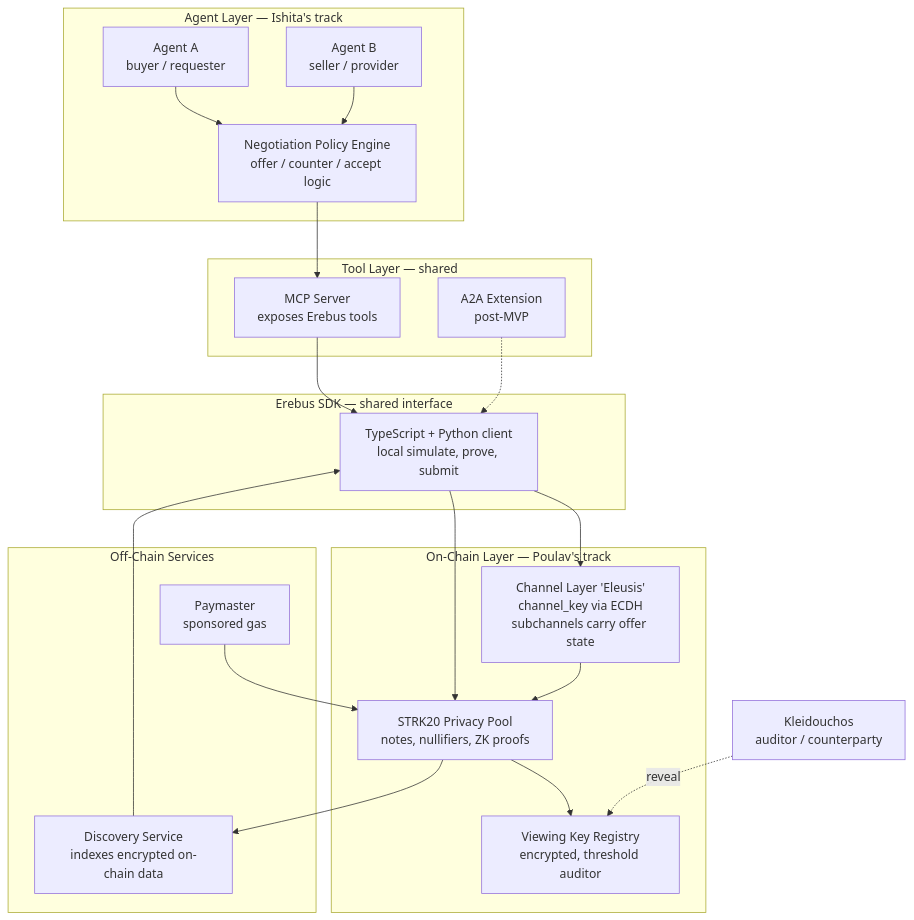
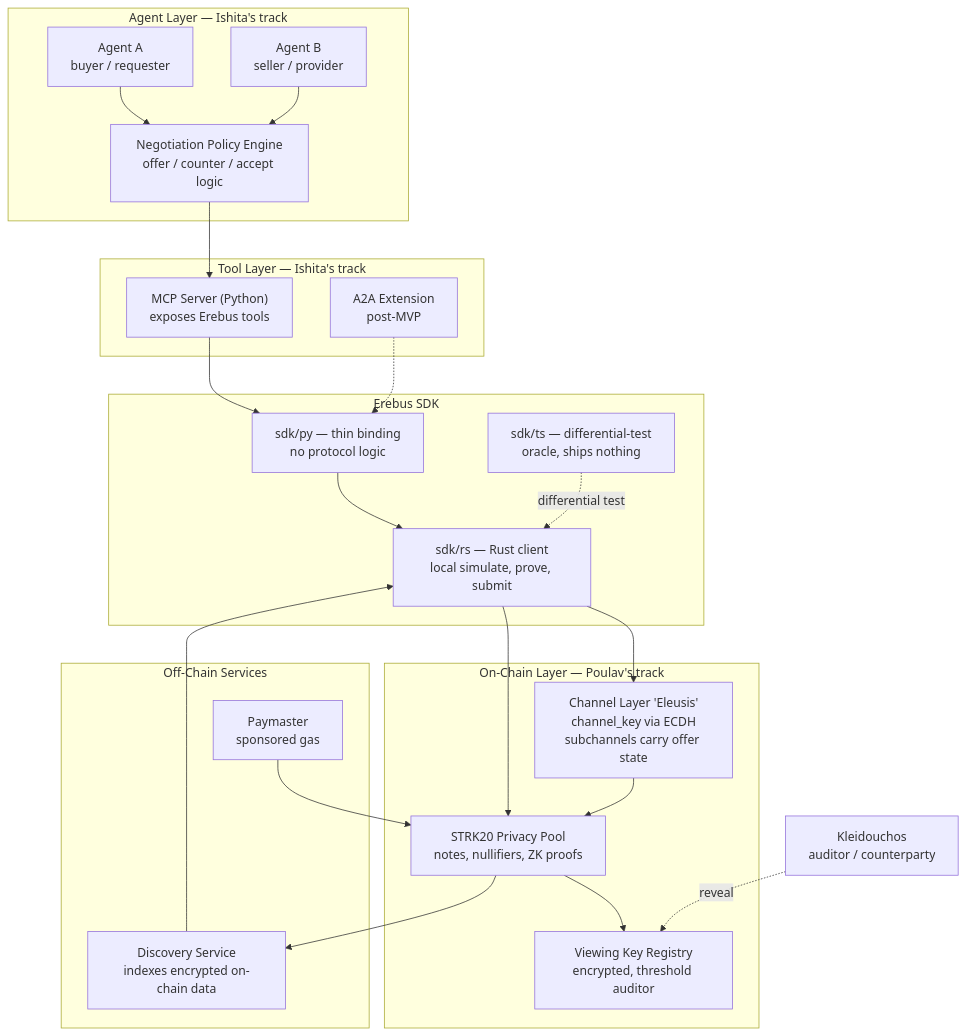
The first of 3 diagrams in ARCHITECTURE.md (PoulavBhowmick03/Erebus), drawn with Mermaid before and after one commit. The commit also changed other lines of this file and 9 other files, not shown here.

````diff
--- a/ARCHITECTURE.md
+++ b/ARCHITECTURE.md
@@ -9,43 +9,47 @@
 ```mermaid
 flowchart TB
     subgraph agentlayer["Agent Layer — Ishita's track"]
         A1["Agent A<br/>buyer / requester"]
         A2["Agent B<br/>seller / provider"]
         NEG["Negotiation Policy Engine<br/>offer / counter / accept logic"]
     end
 
-    subgraph toollayer["Tool Layer — shared"]
-        MCP["MCP Server<br/>exposes Erebus tools"]
+    subgraph toollayer["Tool Layer — Ishita's track"]
+        MCP["MCP Server (Python)<br/>exposes Erebus tools"]
         A2A["A2A Extension<br/>post-MVP"]
     end
 
-    subgraph sdklayer["Erebus SDK — shared interface"]
-        SDK["TypeScript + Python client<br/>local simulate, prove, submit"]
+    subgraph sdklayer["Erebus SDK"]
+        BIND["sdk/py — thin binding<br/>no protocol logic"]
+        SDK["sdk/rs — Rust client<br/>local simulate, prove, submit"]
+        ORACLE["sdk/ts — differential-test<br/>oracle, ships nothing"]
     end
 
     subgraph chainlayer["On-Chain Layer — Poulav's track"]
         CH["Channel Layer 'Eleusis'<br/>channel_key via ECDH<br/>subchannels carry offer state"]
         POOL["STRK20 Privacy Pool<br/>notes, nullifiers, ZK proofs"]
         VK["Viewing Key Registry<br/>encrypted, threshold auditor"]
     end
 
     subgraph offchain["Off-Chain Services"]
         DISC["Discovery Service<br/>indexes encrypted on-chain data"]
         PM["Paymaster<br/>sponsored gas"]
     end
 
     A1 --> NEG
     A2 --> NEG
     NEG --> MCP
-    MCP --> SDK
-    A2A -.-> SDK
+    MCP --> BIND
+    BIND --> SDK
+    ORACLE -.differential test.-> SDK
+    A2A -.-> BIND
     SDK --> CH
     SDK --> POOL
     CH --> POOL
     POOL --> VK
     DISC --> SDK
     POOL --> DISC
     PM --> POOL
 
     K["Kleidouchos<br/>auditor / counterparty"] -.reveal.-> VK
 ```
````
